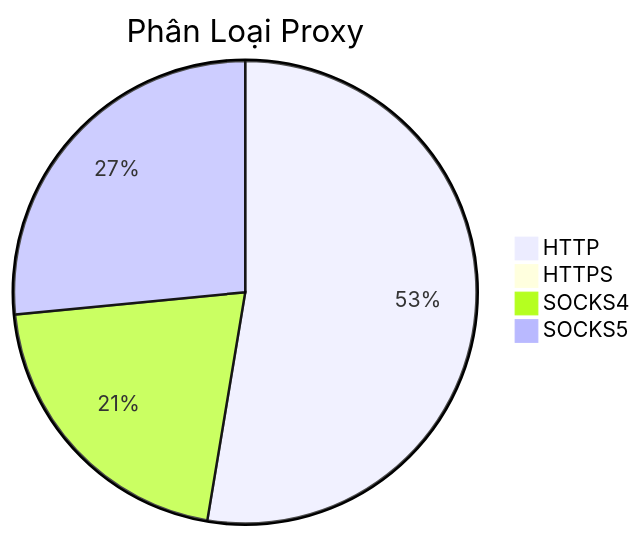
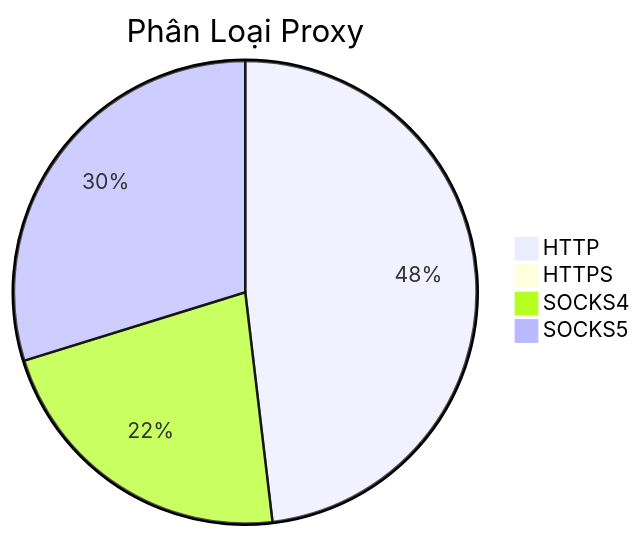
Before and after one commit to Ciara-12/PROXY-free: the diagram in README.md, drawn with Mermaid. The commit also changed other lines of this file and 3 other files, not shown here.

````diff
--- a/README.md
+++ b/README.md
@@ -26,7 +26,7 @@
 ```mermaid
 pie title Phân Loại Proxy
-    "HTTP" : 692
+    "HTTP" : 627
     "HTTPS" : 0
-    "SOCKS4" : 274
-    "SOCKS5" : 349
+    "SOCKS4" : 288
+    "SOCKS5" : 388
 ```
````
